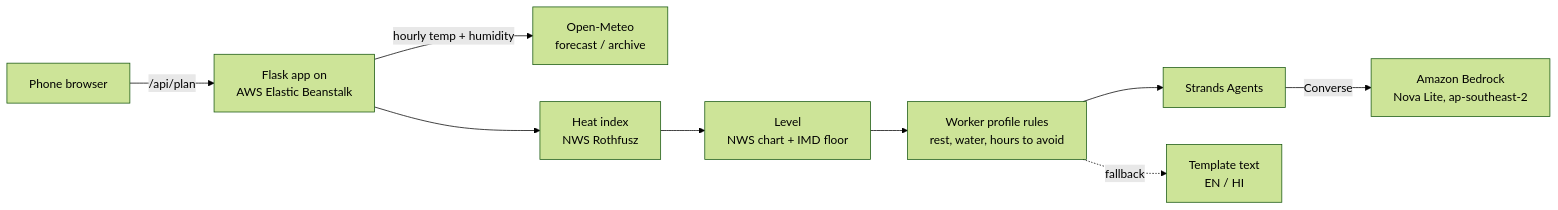
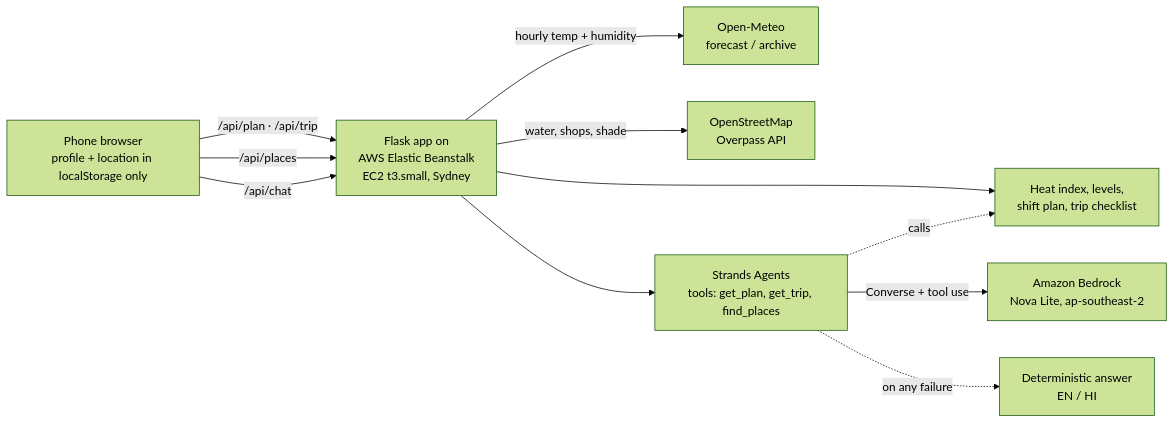
The diagram in README.md (vidhisingh24/heatshift), drawn with Mermaid (forest theme) before and after one commit. The commit also changed other lines of this file and 2 other files, not shown here.

Commit message:
Document trip, places, chat, privacy, sources and architecture; update writeup and demo script

````diff
--- a/README.md
+++ b/README.md
@@ -44,11 +55,13 @@
 ```mermaid
 flowchart LR
-  U[Phone browser] -->|/api/plan| EB[Flask app on<br/>AWS Elastic Beanstalk]
+  U[Phone browser<br/>profile + location in localStorage only] -->|/api/plan · /api/trip| EB[Flask app on<br/>AWS Elastic Beanstalk<br/>EC2 t3.small, Sydney]
+  U -->|/api/places| EB
+  U -->|/api/chat| EB
   EB -->|hourly temp + humidity| OM[Open-Meteo<br/>forecast / archive]
-  EB --> HI[Heat index<br/>NWS Rothfusz]
-  HI --> LV[Level<br/>NWS chart + IMD floor]
-  LV --> SC[Worker profile rules<br/>rest, water, hours to avoid]
-  SC --> AG[Strands Agents]
-  AG -->|Converse| BR[Amazon Bedrock<br/>Nova Lite, ap-southeast-2]
-  SC -.->|fallback| TP[Template text<br/>EN / HI]
+  EB -->|water, shops, shade| OSM[OpenStreetMap<br/>Overpass API]
+  EB --> CORE[Heat index, levels,<br/>shift plan, trip checklist]
+  EB --> AG[Strands Agents<br/>tools: get_plan, get_trip, find_places]
+  AG -->|Converse + tool use| BR[Amazon Bedrock<br/>Nova Lite, ap-southeast-2]
+  AG -.->|calls| CORE
+  AG -.->|on any failure| TP[Deterministic answer<br/>EN / HI]
 ```
````
